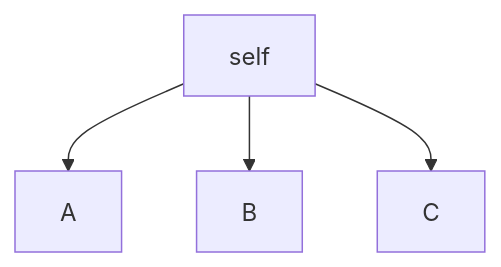
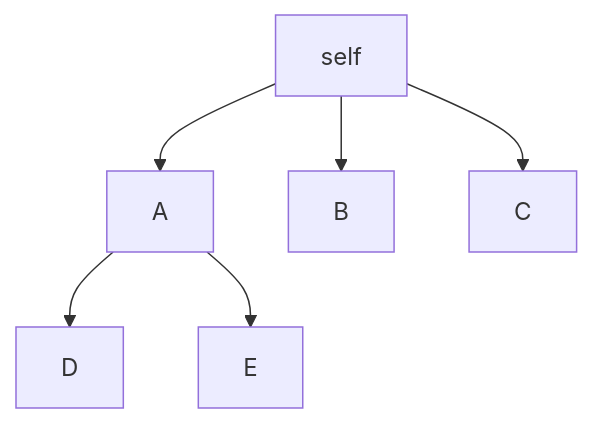
The diagram in documentation/client.md (KyGost/Kopple), drawn with Mermaid before and after one commit. The commit also changed other lines of this file, not shown here.

Commit message:
documentation/client.md updated from https://stackedit.io/

````diff
--- a/documentation/client.md
+++ b/documentation/client.md
@@ -12,7 +12,9 @@
 ```mermaid
 graph TD;
 	self-->A;
 	self-->B;
 	self-->C;
+	A-->D;
+	A-->E;
 	
 ```
````
